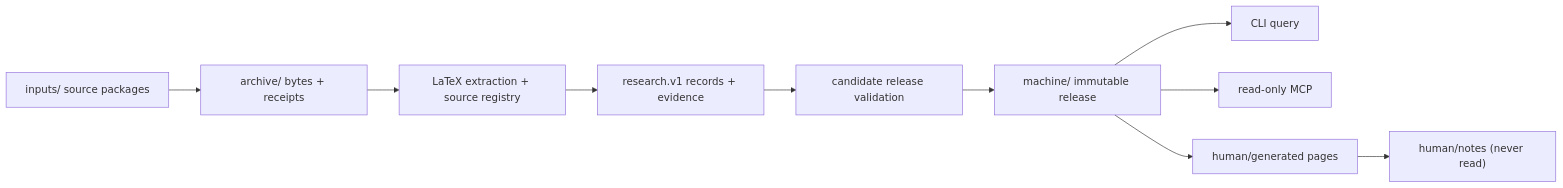
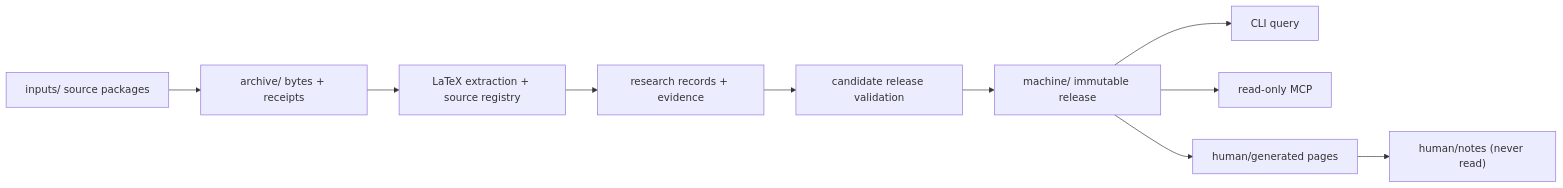
Before and after one commit to Guangqi-Phys/qec-graph: the first of 2 diagrams in docs/design/DESIGN.md, drawn with Mermaid. The commit also changed other lines of this file and 133 other files, not shown here.

First line of the commit message:
refactor!: use unversioned schemas and standard QEC terminology

````diff
--- a/docs/design/DESIGN.md
+++ b/docs/design/DESIGN.md
@@ -69,12 +69,12 @@
 ```mermaid
 flowchart LR
     Inputs["inputs/ source packages"] --> Archive["archive/ bytes + receipts"]
     Archive --> Extract["LaTeX extraction + source registry"]
-    Extract --> Records["research.v1 records + evidence"]
+    Extract --> Records["research records + evidence"]
     Records --> Validate["candidate release validation"]
     Validate --> Machine["machine/ immutable release"]
     Machine --> CLI["CLI query"]
     Machine --> MCP["read-only MCP"]
     Machine --> Human["human/generated pages"]
     Human --> Notes["human/notes (never read)"]
 ```
````
